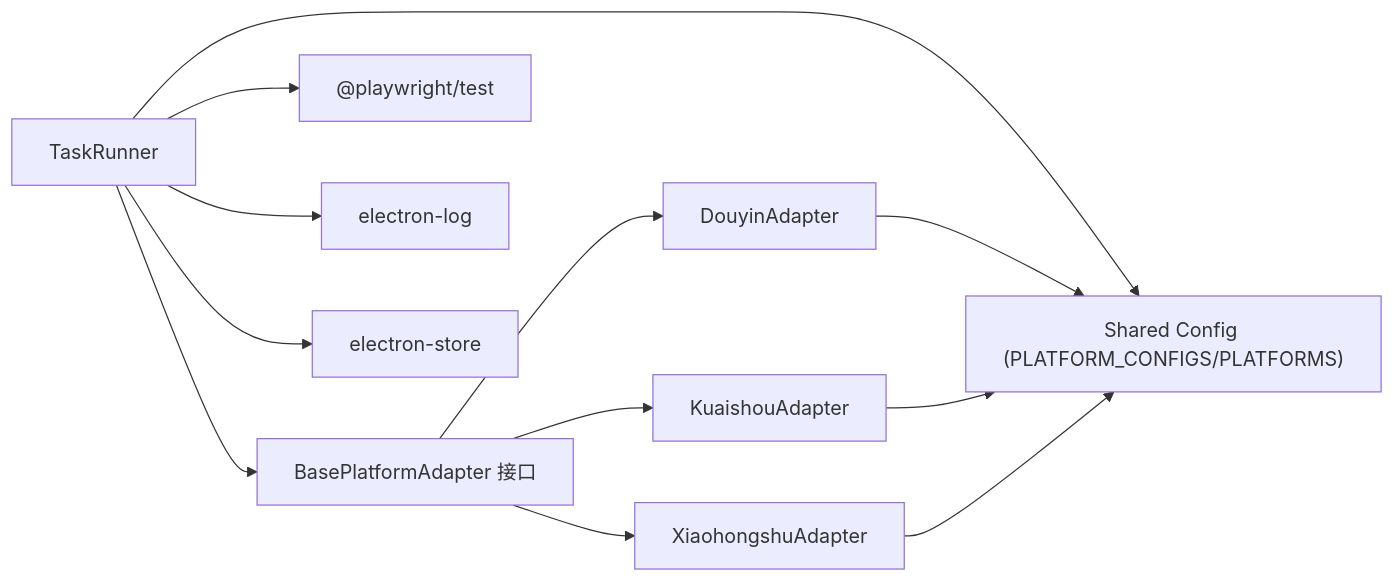
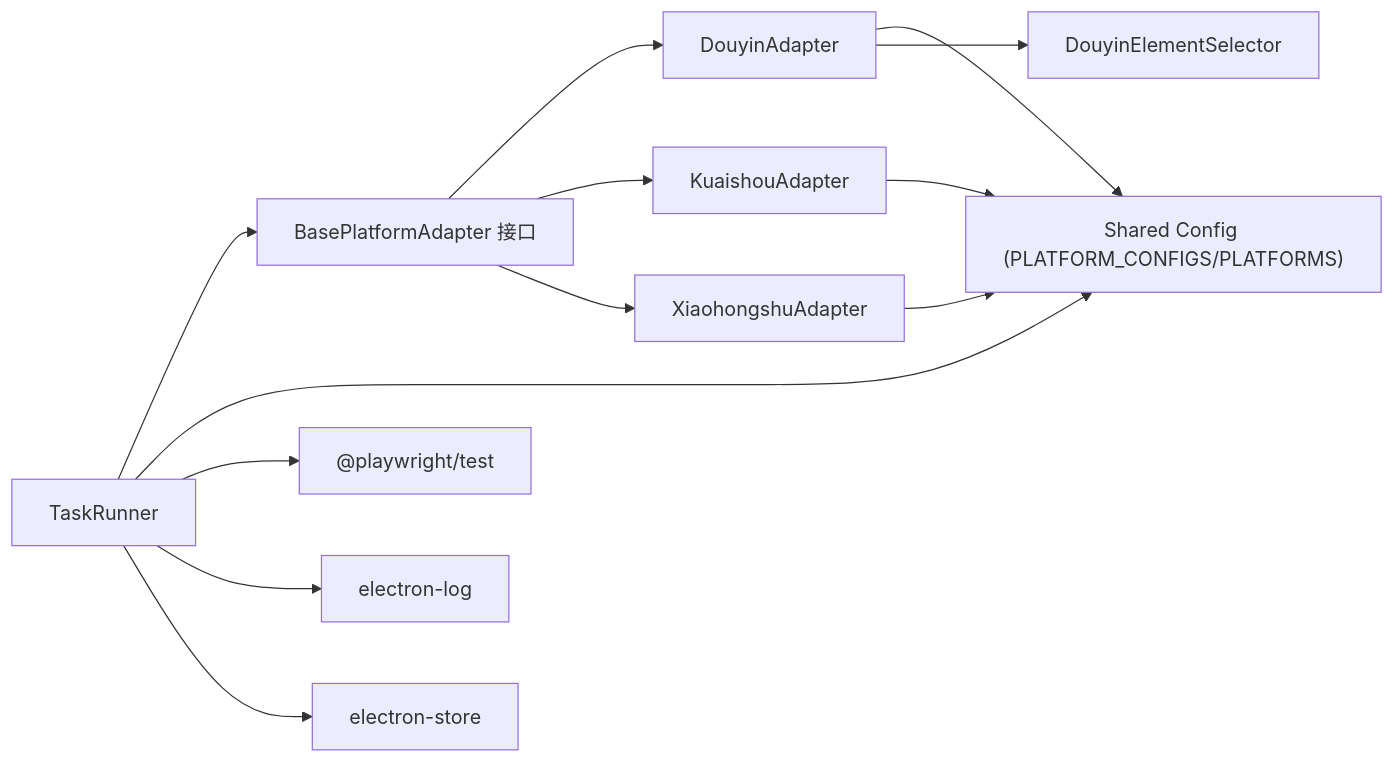
One commit to hipig/autoOps changed the seventh of 7 diagrams in .qoder/repowiki/zh/content/核心模块/平台适配器系统/平台适配器系统.md. Above: the diagram before and after it, drawn with Mermaid. The commit also changed other lines of this file and 37 other files, not shown here.

````diff
--- a/.qoder/repowiki/zh/content/核心模块/平台适配器系统/平台适配器系统.md
+++ b/.qoder/repowiki/zh/content/核心模块/平台适配器系统/平台适配器系统.md
@@ -365,14 +436,15 @@
 ```mermaid
 graph LR
 TR["TaskRunner"] --> IF["BasePlatformAdapter 接口"]
 IF --> DY["DouyinAdapter"]
 IF --> KS["KuaishouAdapter"]
 IF --> XHS["XiaohongshuAdapter"]
 TR --> CFG["Shared Config (PLATFORM_CONFIGS/PLATFORMS)"]
 DY --> CFG
 KS --> CFG
 XHS --> CFG
 TR --> PW["@playwright/test"]
 TR --> LOG["electron-log"]
 TR --> STORE["electron-store"]
+DY --> DE["DouyinElementSelector"]
 ```
````
